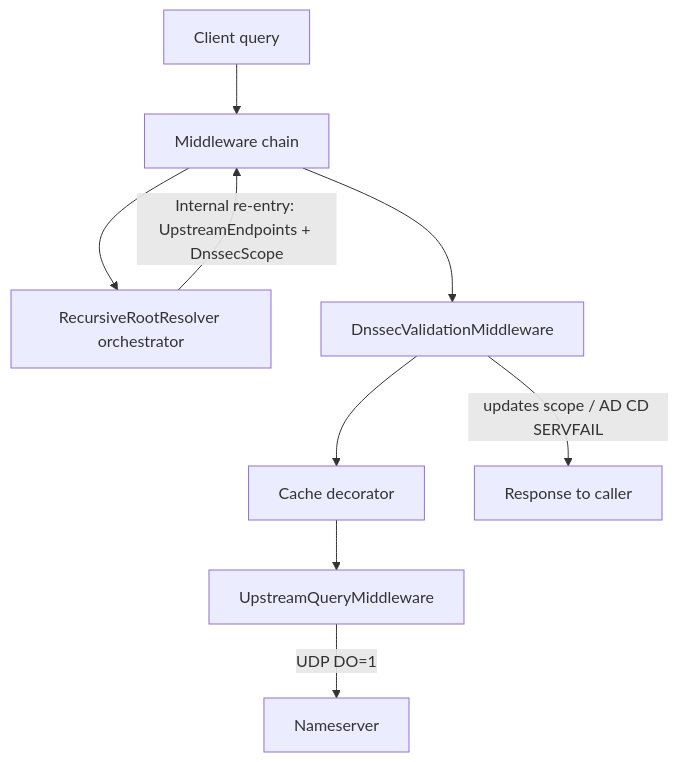
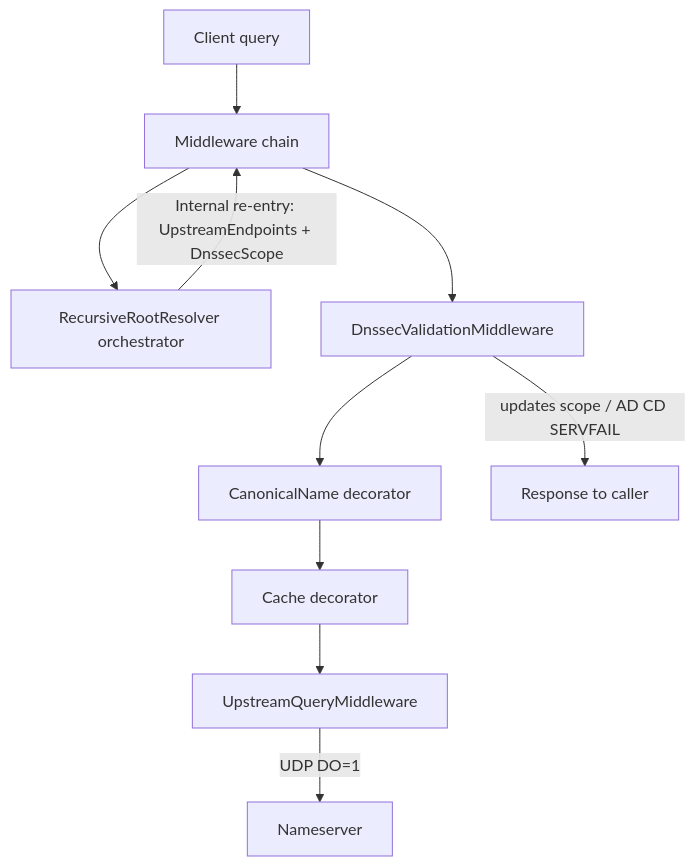
Before and after one commit to jasoncouture/dhcpr: the diagram in DNSSEC.md, drawn with Mermaid. The commit also changed other lines of this file, not shown here.

First line of the commit message:
docs(dnssec): Correct Phase 3 status — validator still unused

````diff
--- a/DNSSEC.md
+++ b/DNSSEC.md
@@ -21,11 +30,12 @@
 ```mermaid
 flowchart TD
   clientQ[Client query] --> mw[Middleware chain]
   mw --> rec[RecursiveRootResolver orchestrator]
   rec -->|"Internal re-entry: UpstreamEndpoints + DnssecScope"| mw
   mw --> dnssec[DnssecValidationMiddleware]
-  dnssec --> cache[Cache decorator]
+  dnssec --> cname[CanonicalName decorator]
+  cname --> cache[Cache decorator]
   cache --> up[UpstreamQueryMiddleware]
   up -->|UDP DO=1| auth[Nameserver]
   dnssec -->|"updates scope / AD CD SERVFAIL"| out[Response to caller]
 ```
````
